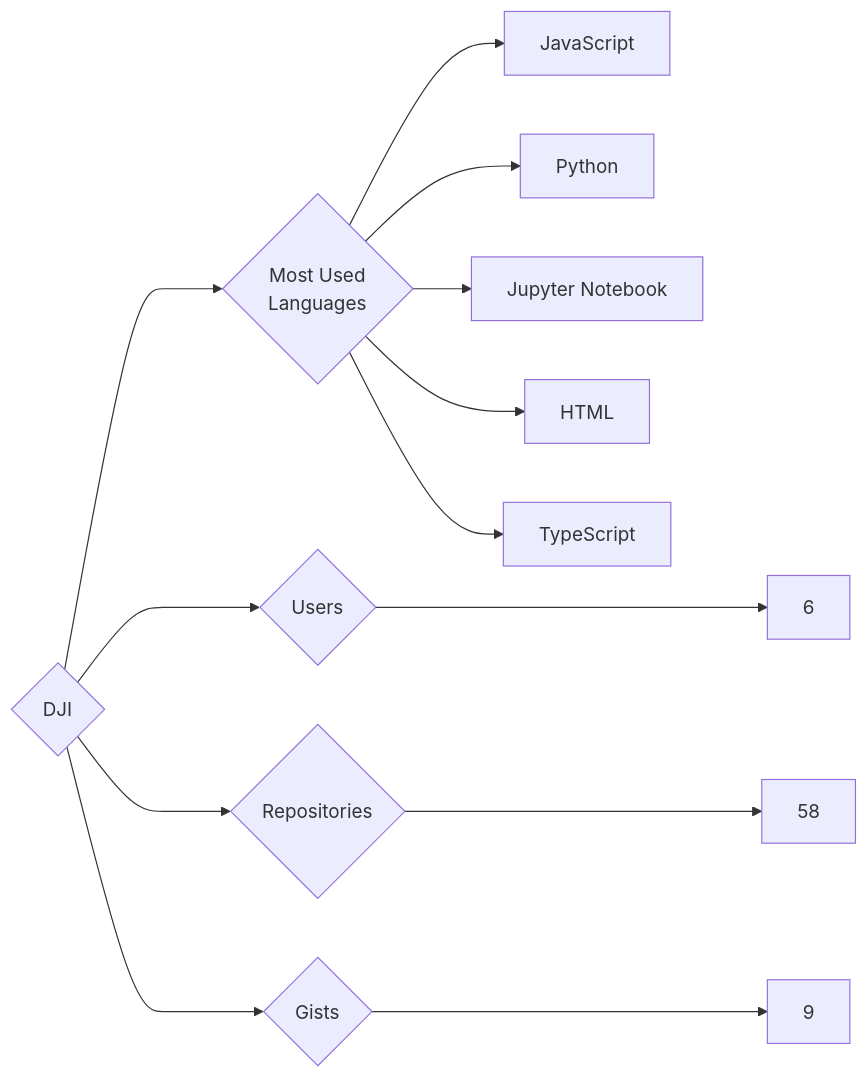
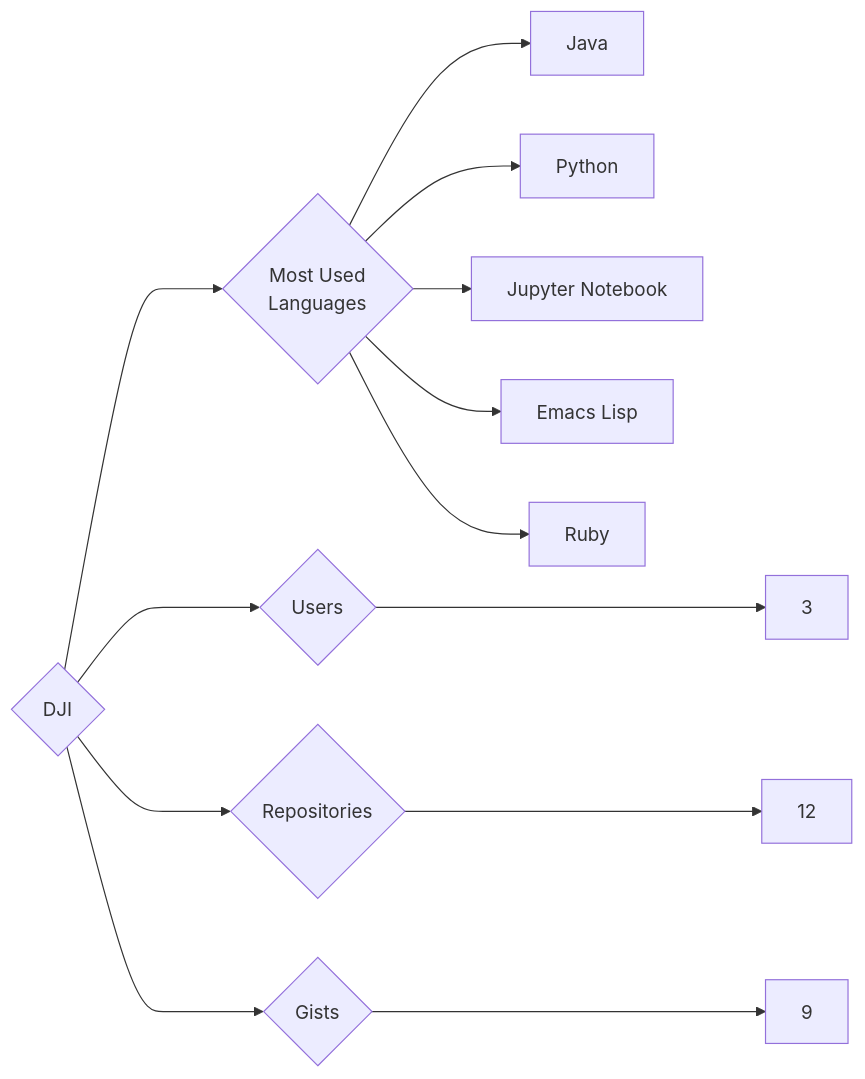
The diagram in targets/DJI/README.md (trickest/insiders), drawn with Mermaid before and after one commit. The commit also changed 1003 other files, not shown here.

````diff
--- a/targets/DJI/README.md
+++ b/targets/DJI/README.md
@@ -3,13 +3,13 @@
 ```mermaid
 graph LR
 COMPANY_NAME{DJI}
-COMPANY_NAME ---> U{Users} ---> UN[6]
-COMPANY_NAME ---> R{Repositories} ---> RN[58]
+COMPANY_NAME ---> U{Users} ---> UN[3]
+COMPANY_NAME ---> R{Repositories} ---> RN[12]
 COMPANY_NAME ---> G{Gists} ---> GN[9]
 COMPANY_NAME ---> ML{Most Used<br>Languages}
-ML --> JavaScript[JavaScript]
+ML --> Java[Java]
 ML --> Python[Python]
 ML --> Jupyter_Notebook[Jupyter Notebook]
-ML --> HTML[HTML]
-ML --> TypeScript[TypeScript]
+ML --> Emacs_Lisp[Emacs Lisp]
+ML --> Ruby[Ruby]
 ```
````
